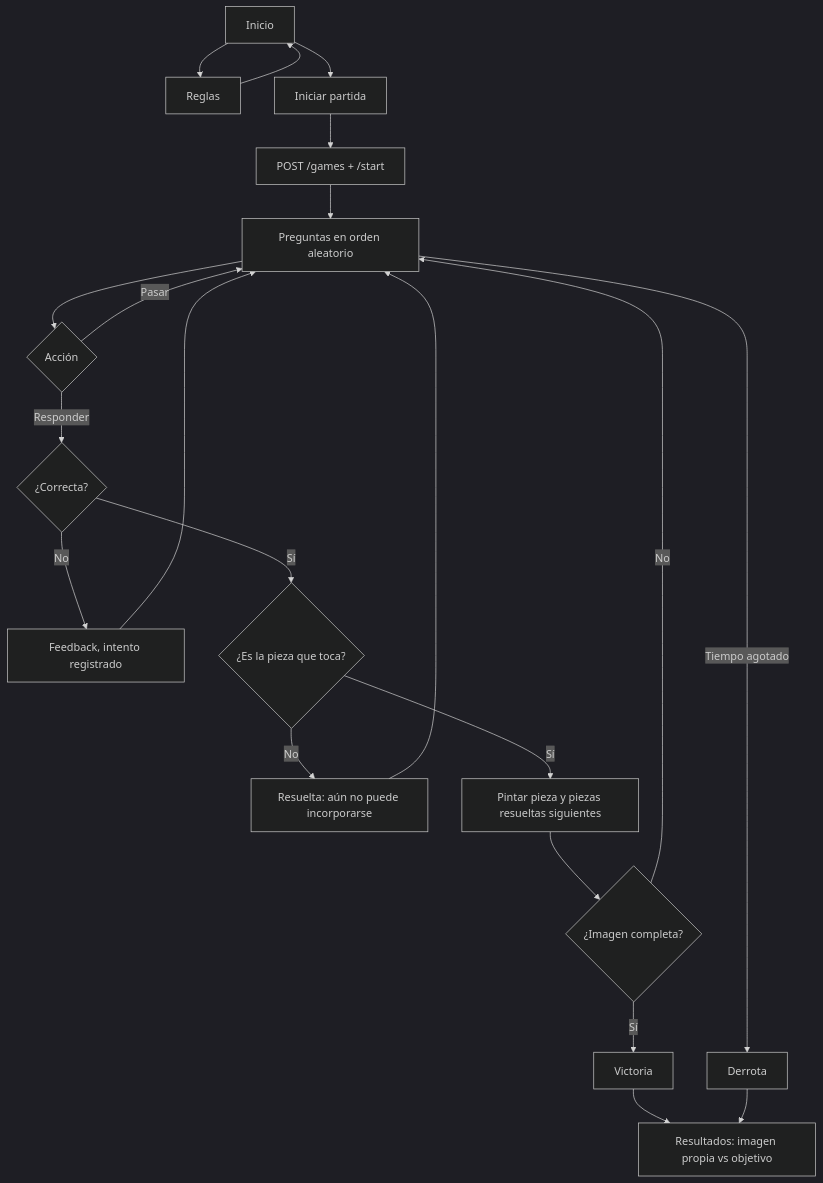
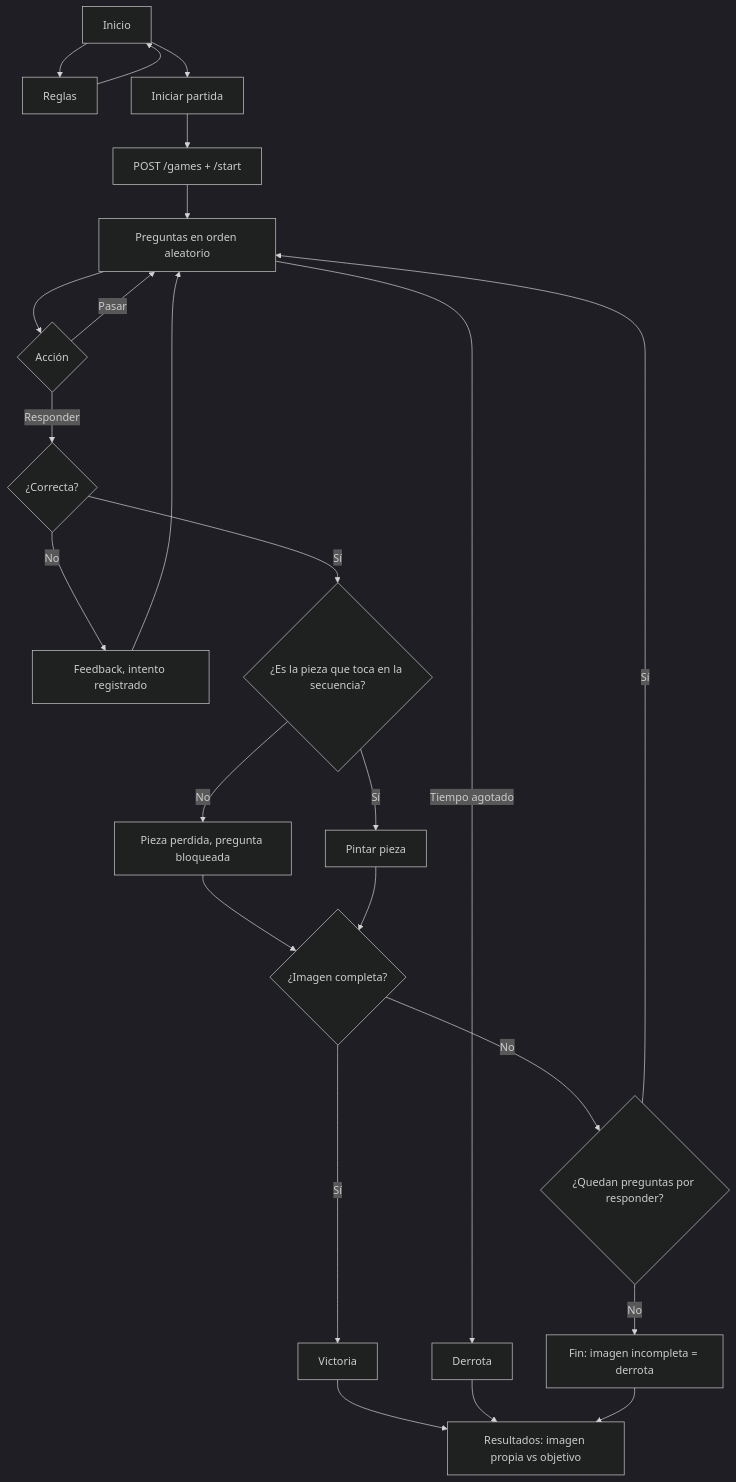
One commit to davidarce0109-sketch/logic_paint changed the diagram in docs/game-flow.md. Above: the diagram before and after it, drawn with Mermaid (dark theme). The commit also changed other lines of this file and 22 other files, not shown here.

````diff
--- a/docs/game-flow.md
+++ b/docs/game-flow.md
@@ -3,21 +3,23 @@
 ```mermaid
 flowchart TD
   A[Inicio] --> B[Reglas]
   A --> C[Iniciar partida]
   B --> A
   C --> D[POST /games + /start]
   D --> E[Preguntas en orden aleatorio]
   E --> F{Acción}
   F -->|Responder| G{¿Correcta?}
   F -->|Pasar| E
   G -->|No| H[Feedback, intento registrado] --> E
-  G -->|Sí| I{¿Es la pieza que toca?}
-  I -->|No| J[Resuelta: aún no puede incorporarse] --> E
-  I -->|Sí| K[Pintar pieza y piezas resueltas siguientes]
-  K --> L{¿Imagen completa?}
-  L -->|No| E
+  G -->|Sí| I{¿Es la pieza que toca en la secuencia?}
+  I -->|No| J[Pieza perdida, pregunta bloqueada] --> L
+  I -->|Sí| K[Pintar pieza] --> L{¿Imagen completa?}
   L -->|Sí| M[Victoria]
+  L -->|No| P{¿Quedan preguntas por responder?}
+  P -->|Sí| E
+  P -->|No| Q[Fin: imagen incompleta = derrota]
   E -->|Tiempo agotado| N[Derrota]
   M --> O[Resultados: imagen propia vs objetivo]
   N --> O
+  Q --> O
 ```
````
